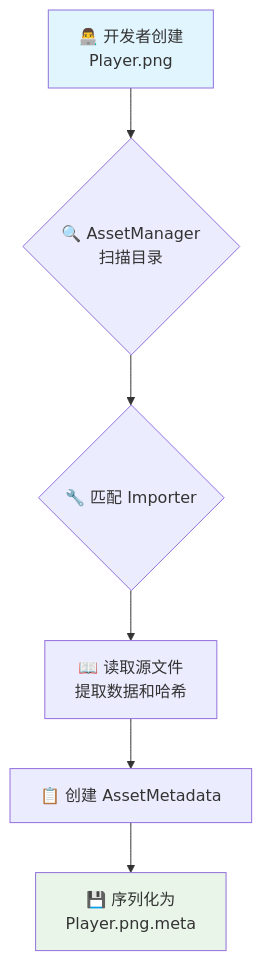
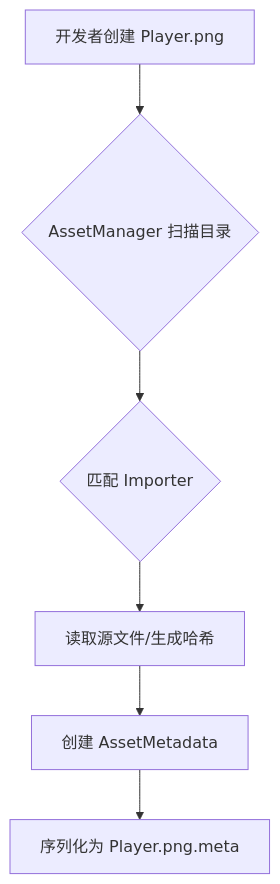
The second of 11 diagrams in ARCHITECTURE.md (NGLSG/Luma), drawn with Mermaid before and after one commit. The commit also changed other lines of this file and 27 other files, not shown here.

````diff
--- a/ARCHITECTURE.md
+++ b/ARCHITECTURE.md
@@ -81,11 +82,8 @@
 ```mermaid
 graph TD
-    A[👨‍💻 开发者创建<br/>Player.png] --> B{🔍 AssetManager<br/>扫描目录}
-B --> C{🔧 匹配 Importer}
-C --> D[📖 读取源文件<br/>提取数据和哈希]
-D --> E[📋 创建 AssetMetadata]
-E --> F[💾 序列化为<br/>Player.png.meta]
-
-style A fill:#e1f5fe
-style F fill: #e8f5e8
+    A[开发者创建 Player.png] --> B{AssetManager 扫描目录}
+    B --> C{匹配 Importer}
+    C --> D[读取源文件/生成哈希]
+    D --> E[创建 AssetMetadata]
+    E --> F[序列化为 Player.png.meta]
 ```
````
